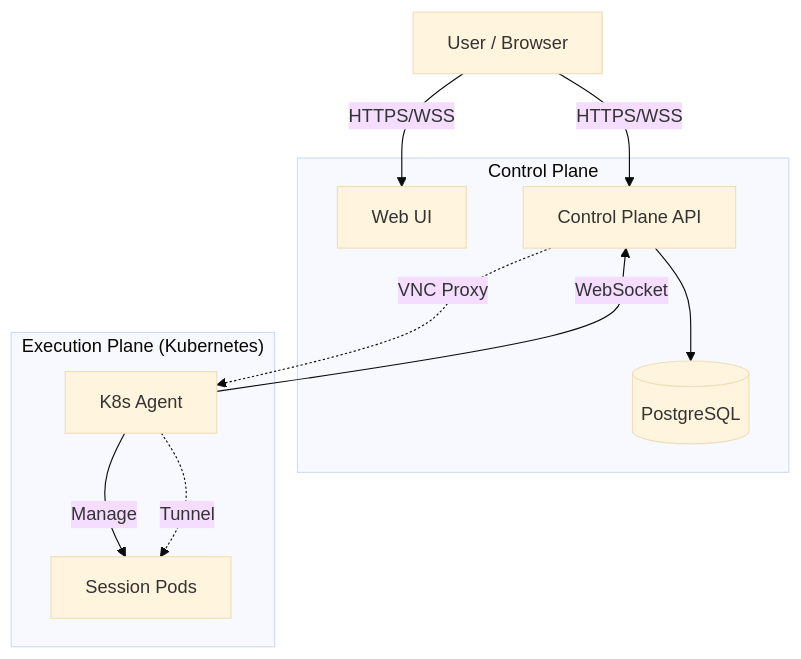
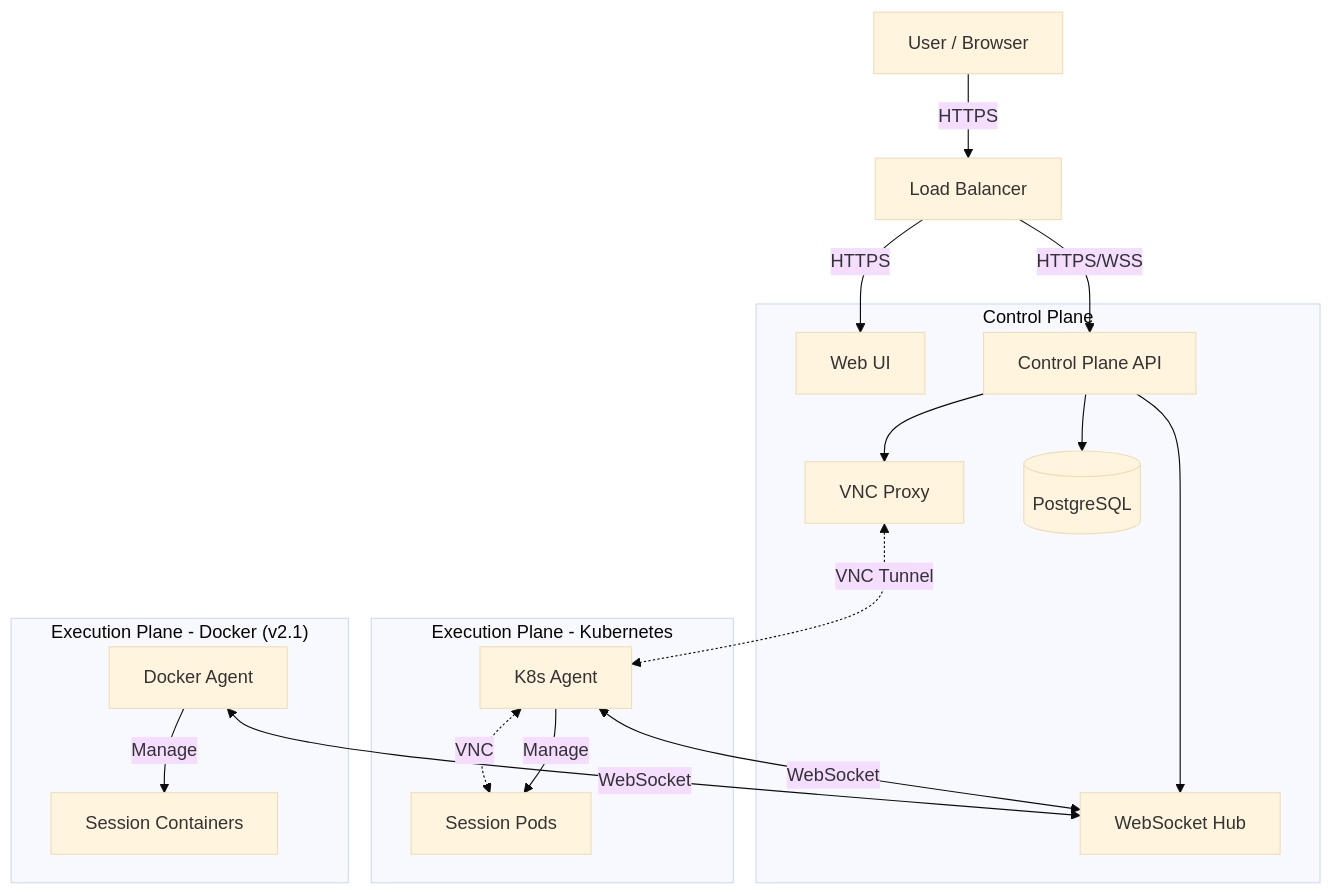
The diagram in README.md (JoshuaAFerguson/streamspace), drawn with Mermaid (base theme) before and after one commit. The commit also changed other lines of this file and 4 other files, not shown here.

````diff
--- a/README.md
+++ b/README.md
@@ -101,21 +129,32 @@
 ```mermaid
 graph TD
-    User[User / Browser] -->|HTTPS/WSS| UI[Web UI]
-    User -->|HTTPS/WSS| API[Control Plane API]
-    
+    User[User / Browser] -->|HTTPS| Ingress[Load Balancer]
+    Ingress -->|HTTPS| UI[Web UI]
+    Ingress -->|HTTPS/WSS| API[Control Plane API]
+
     subgraph "Control Plane"
         UI
         API
+        Hub[WebSocket Hub]
+        VNCProxy[VNC Proxy]
         DB[(PostgreSQL)]
+
         API --> DB
+        API --> Hub
+        API --> VNCProxy
     end
-    
-    subgraph "Execution Plane (Kubernetes)"
-        Agent[K8s Agent]
-        Agent -->|WebSocket| API
-        Agent -->|Manage| Pods[Session Pods]
-        
-        API -.->|VNC Proxy| Agent
-        Agent -.->|Tunnel| Pods
+
+    subgraph "Execution Plane - Kubernetes"
+        K8sAgent[K8s Agent]
+        K8sAgent <-->|WebSocket| Hub
+        K8sAgent -->|Manage| Pods[Session Pods]
+        VNCProxy <-.->|VNC Tunnel| K8sAgent
+        K8sAgent <-.->|VNC| Pods
+    end
+
+    subgraph "Execution Plane - Docker (v2.1)"
+        DockerAgent[Docker Agent]
+        DockerAgent <-->|WebSocket| Hub
+        DockerAgent -->|Manage| Containers[Session Containers]
     end
 ```
````
